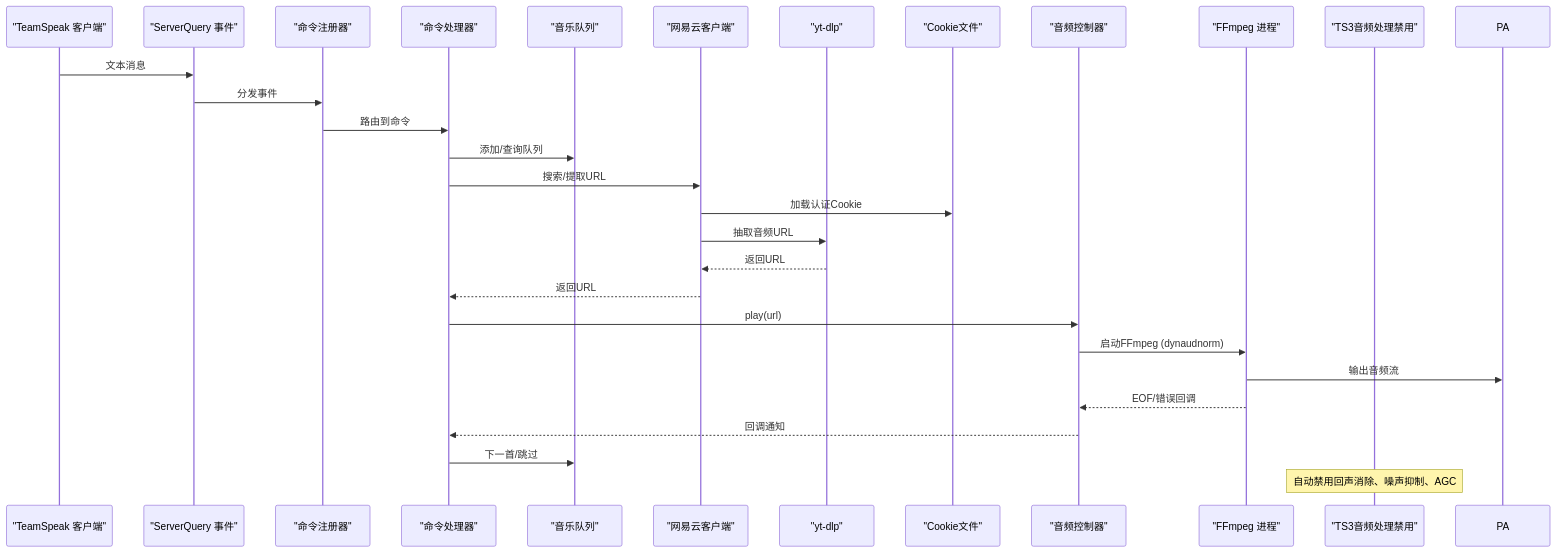
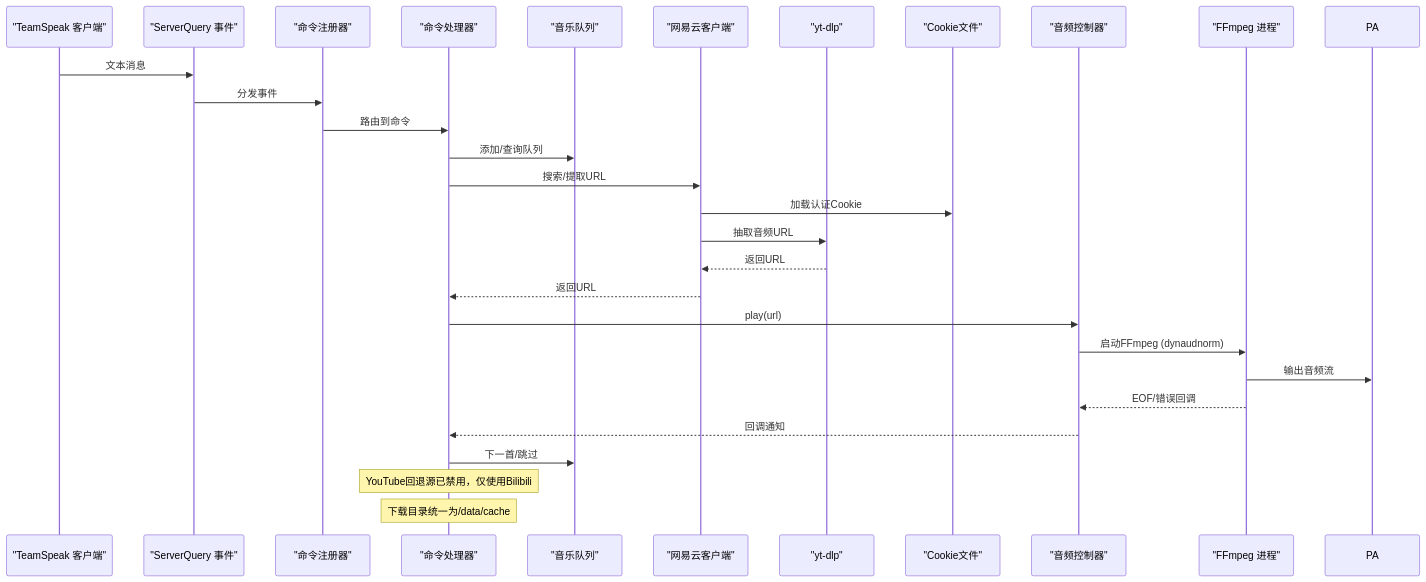
The second of 14 diagrams in .qoder/repowiki/zh/content/音乐播放系统/音乐播放系统.md (GhoulOwl/Teamspeak3_Bot), drawn with Mermaid before and after one commit. The commit also changed other lines of this file and 7 other files, not shown here.

````diff
--- a/.qoder/repowiki/zh/content/音乐播放系统/音乐播放系统.md
+++ b/.qoder/repowiki/zh/content/音乐播放系统/音乐播放系统.md
@@ -155,30 +157,30 @@
 ```mermaid
 sequenceDiagram
 participant TS3 as "TeamSpeak 客户端"
 participant SQ as "ServerQuery 事件"
 participant REG as "命令注册器"
 participant CMD as "命令处理器"
 participant Q as "音乐队列"
 participant NET as "网易云客户端"
 participant YT as "yt-dlp"
 participant COOKIE as "Cookie文件"
 participant AC as "音频控制器"
 participant FF as "FFmpeg 进程"
-participant TS3PROC as "TS3音频处理禁用"
 TS3->>SQ : 文本消息
 SQ->>REG : 分发事件
 REG->>CMD : 路由到命令
 CMD->>Q : 添加/查询队列
 CMD->>NET : 搜索/提取URL
 NET->>COOKIE : 加载认证Cookie
 NET->>YT : 抽取音频URL
 YT-->>NET : 返回URL
 NET-->>CMD : 返回URL
 CMD->>AC : play(url)
 AC->>FF : 启动FFmpeg (dynaudnorm)
 FF->>PA : 输出音频流
 FF-->>AC : EOF/错误回调
 AC-->>CMD : 回调通知
 CMD->>Q : 下一首/跳过
-Note over TS3PROC : 自动禁用回声消除、噪声抑制、AGC
+Note over CMD : YouTube回退源已禁用，仅使用Bilibili
+Note over CMD : 下载目录统一为/data/cache
 ```
````
